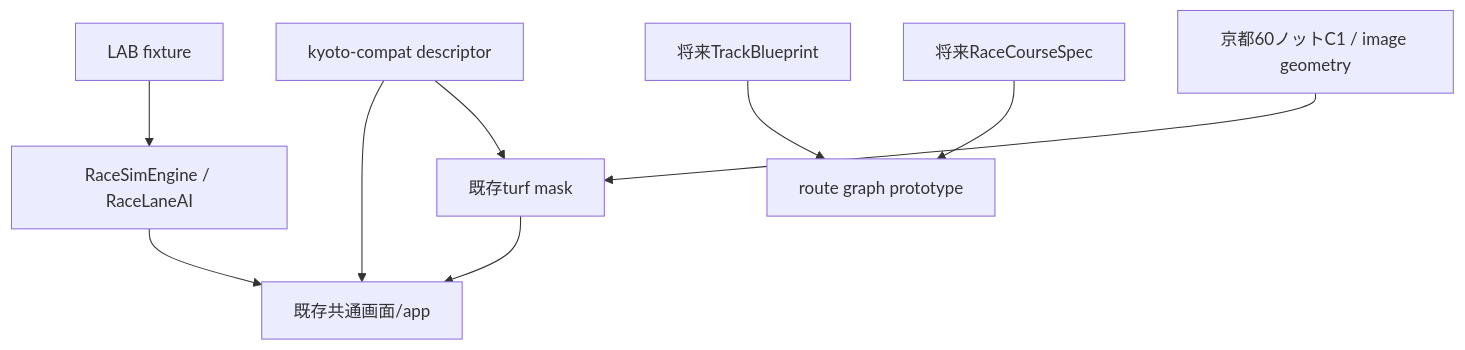
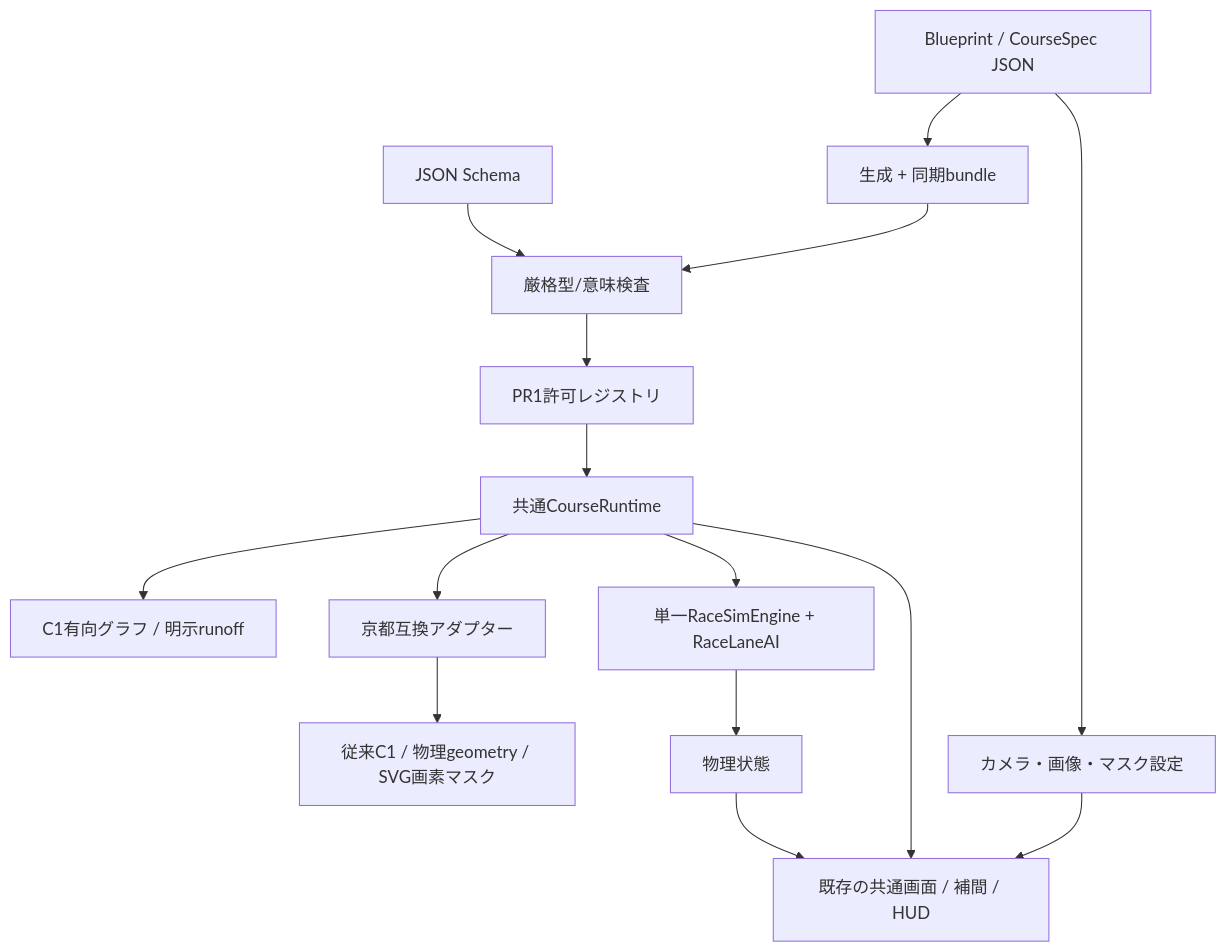
The diagram in docs/lab/shared-course/ADR-001.md (toodataa-ai/keiba-notes), drawn with Mermaid before and after one commit. The commit also changed other lines of this file and 35 other files, not shown here.

First line of the commit message:
LAB PR1: integrate strict course schemas, shared runtime, prestart UI and fixed-baseline QA

````diff
--- a/docs/lab/shared-course/ADR-001.md
+++ b/docs/lab/shared-course/ADR-001.md
@@ -18,11 +29,17 @@
 ```mermaid
 flowchart TD
-  Config[kyoto-compat descriptor] --> App[既存共通画面/app]
-  Config --> Mask[既存turf mask]
-  Fixture[LAB fixture] --> Engine[RaceSimEngine / RaceLaneAI]
-  Engine --> App
-  Legacy[京都60ノットC1 / image geometry] --> Mask
-  Mask --> App
-  BP[将来TrackBlueprint] --> Graph[route graph prototype]
-  Spec[将来RaceCourseSpec] --> Graph
+  JSON[Blueprint / CourseSpec JSON] --> Build[生成 + 同期bundle]
+  Schema[JSON Schema] --> Validator[厳格型/意味検査]
+  Build --> Validator
+  Validator --> Registry[PR1許可レジストリ]
+  Registry --> Runtime[共通CourseRuntime]
+  Runtime --> Graph[C1有向グラフ / 明示runoff]
+  Runtime --> Compat[京都互換アダプター]
+  Compat --> Old[従来C1 / 物理geometry / SVG画素マスク]
+  Runtime --> Engine[単一RaceSimEngine + RaceLaneAI]
+  Engine --> State[物理状態]
+  State --> Renderer[既存の共通画面 / 補間 / HUD]
+  Runtime --> Renderer
+  JSON --> Camera[カメラ・画像・マスク設定]
+  Camera --> Renderer
 ```
````
